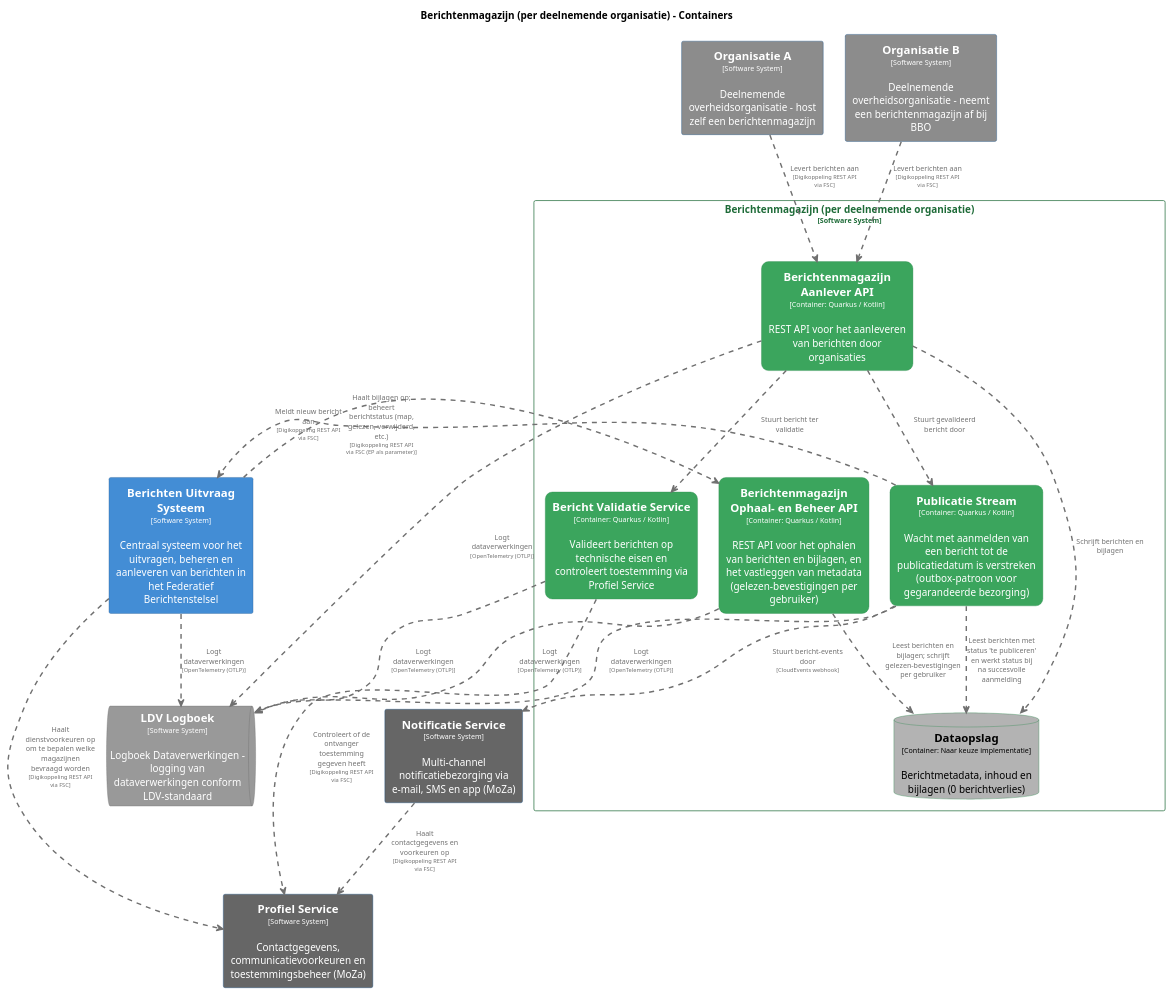
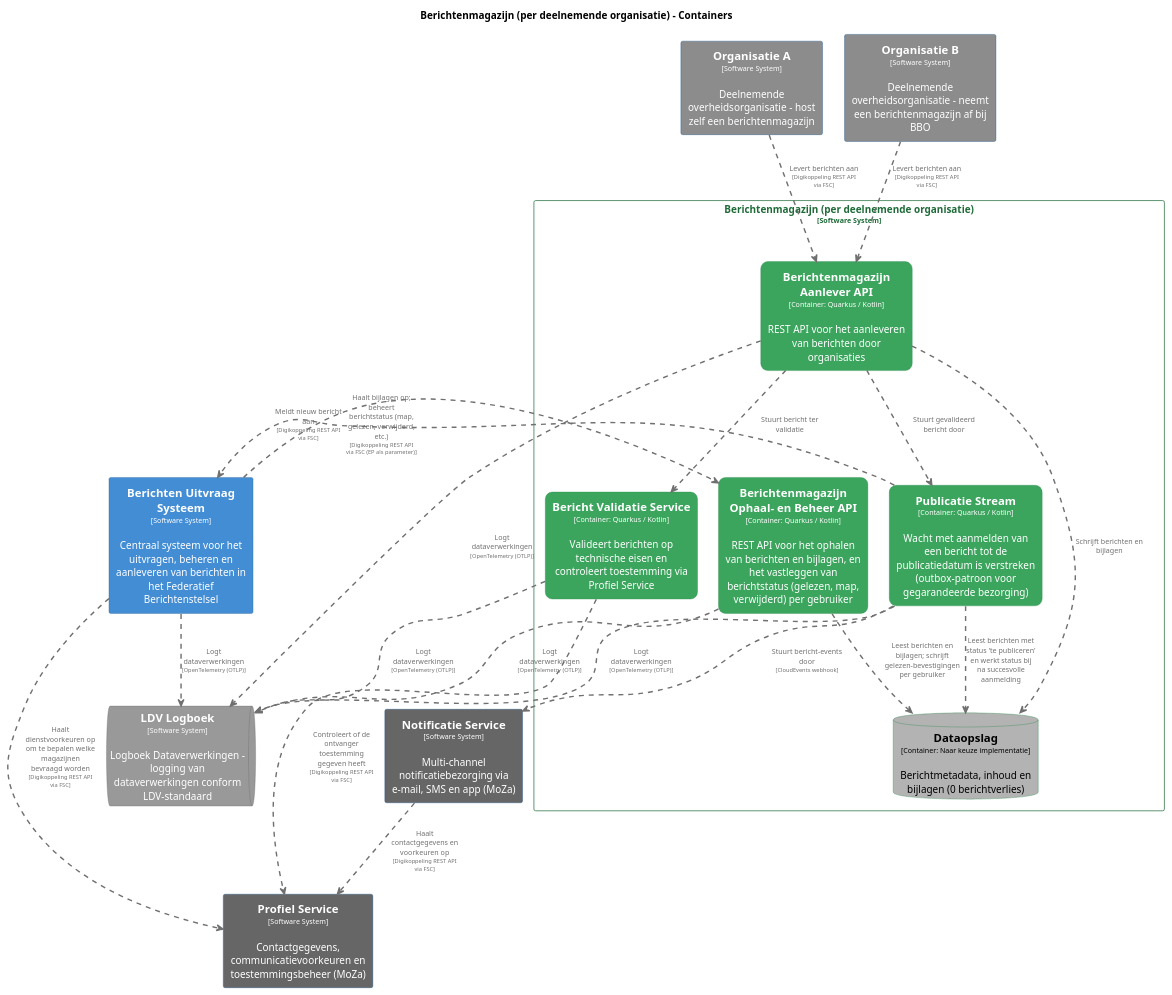
The diagram in pr-preview/pr-22/master/puml/BerichtenmagazijnContainers.puml (MinBZK/moza-poc-fbs-berichtenbox), drawn with PlantUML before and after one commit. The commit also changed 49 other files, not shown here.

```diff
--- a/pr-preview/pr-22/master/puml/BerichtenmagazijnContainers.puml
+++ b/pr-preview/pr-22/master/puml/BerichtenmagazijnContainers.puml
@@ -1,127 +1,127 @@
 @startuml
 set separator none
 title Berichtenmagazijn (per deelnemende organisatie) - Containers
 
 top to bottom direction
 skinparam ranksep 60
 skinparam nodesep 30
 
 skinparam {
   arrowFontSize 10
   defaultTextAlignment center
   wrapWidth 200
   maxMessageSize 100
 }
 
 hide stereotype
 
 skinparam rectangle<<Berichtenmagazijnperdeelnemendeorganisatie.BerichtValidatieService>> {
   BackgroundColor #3ba55d
   FontColor #ffffff
   BorderColor #2d8a4e
   roundCorner 20
   shadowing false
 }
 skinparam rectangle<<BerichtenUitvraagSysteem>> {
   BackgroundColor #438dd5
   FontColor #ffffff
   BorderColor #2e6295
   shadowing false
 }
 skinparam rectangle<<Berichtenmagazijnperdeelnemendeorganisatie.BerichtenmagazijnAanleverAPI>> {
   BackgroundColor #3ba55d
   FontColor #ffffff
   BorderColor #2d8a4e
   roundCorner 20
   shadowing false
 }
 skinparam rectangle<<Berichtenmagazijnperdeelnemendeorganisatie.BerichtenmagazijnOphaalenBeheerAPI>> {
   BackgroundColor #3ba55d
   FontColor #ffffff
   BorderColor #2d8a4e
   roundCorner 20
   shadowing false
 }
 skinparam database<<Berichtenmagazijnperdeelnemendeorganisatie.Dataopslag>> {
   BackgroundColor #b3b3b3
   FontColor #000000
   BorderColor #2d8a4e
   shadowing false
 }
 skinparam queue<<LDVLogboek>> {
   BackgroundColor #999999
   FontColor #ffffff
   BorderColor #6b6b6b
   shadowing false
 }
 skinparam rectangle<<NotificatieService>> {
   BackgroundColor #666666
   FontColor #ffffff
   BorderColor #0b4884
   shadowing false
 }
 skinparam rectangle<<OrganisatieA>> {
   BackgroundColor #8c8c8c
   FontColor #ffffff
   BorderColor #0b4884
   shadowing false
 }
 skinparam rectangle<<OrganisatieB>> {
   BackgroundColor #8c8c8c
   FontColor #ffffff
   BorderColor #0b4884
   shadowing false
 }
 skinparam rectangle<<ProfielService>> {
   BackgroundColor #666666
   FontColor #ffffff
   BorderColor #0b4884
   shadowing false
 }
 skinparam rectangle<<Berichtenmagazijnperdeelnemendeorganisatie.PublicatieStream>> {
   BackgroundColor #3ba55d
   FontColor #ffffff
   BorderColor #2d8a4e
   roundCorner 20
   shadowing false
 }
 skinparam rectangle<<Berichtenmagazijnperdeelnemendeorganisatie>> {
   BorderColor #1e6b38
   FontColor #1e6b38
   shadowing false
 }
 
 rectangle "==Profiel Service\n<size:10>[Software System]</size>\n\nContactgegevens, communicatievoorkeuren en toestemmingsbeheer (MoZa)" <<ProfielService>> as ProfielService
 rectangle "==Notificatie Service\n<size:10>[Software System]</size>\n\nMulti-channel notificatiebezorging via e-mail, SMS en app (MoZa)" <<NotificatieService>> as NotificatieService
 rectangle "==Organisatie A\n<size:10>[Software System]</size>\n\nDeelnemende overheidsorganisatie - host zelf een berichtenmagazijn" <<OrganisatieA>> as OrganisatieA
 rectangle "==Organisatie B\n<size:10>[Software System]</size>\n\nDeelnemende overheidsorganisatie - neemt een berichtenmagazijn af bij BBO" <<OrganisatieB>> as OrganisatieB
 rectangle "==Berichten Uitvraag Systeem\n<size:10>[Software System]</size>\n\nCentraal systeem voor het uitvragen, beheren en aanleveren van berichten in het Federatief Berichtenstelsel" <<BerichtenUitvraagSysteem>> as BerichtenUitvraagSysteem
 queue "==LDV Logboek\n<size:10>[Software System]</size>\n\nLogboek Dataverwerkingen - logging van dataverwerkingen conform LDV-standaard" <<LDVLogboek>> as LDVLogboek
 
 rectangle "Berichtenmagazijn (per deelnemende organisatie)\n<size:10>[Software System]</size>" <<Berichtenmagazijnperdeelnemendeorganisatie>> {
-  rectangle "==Berichtenmagazijn Ophaal- en Beheer API\n<size:10>[Container: Quarkus / Kotlin]</size>\n\nREST API voor het ophalen van berichten en bijlagen, en het vastleggen van metadata (gelezen-bevestigingen per gebruiker)" <<Berichtenmagazijnperdeelnemendeorganisatie.BerichtenmagazijnOphaalenBeheerAPI>> as Berichtenmagazijnperdeelnemendeorganisatie.BerichtenmagazijnOphaalenBeheerAPI
+  rectangle "==Berichtenmagazijn Ophaal- en Beheer API\n<size:10>[Container: Quarkus / Kotlin]</size>\n\nREST API voor het ophalen van berichten en bijlagen, en het vastleggen van berichtstatus (gelezen, map, verwijderd) per gebruiker" <<Berichtenmagazijnperdeelnemendeorganisatie.BerichtenmagazijnOphaalenBeheerAPI>> as Berichtenmagazijnperdeelnemendeorganisatie.BerichtenmagazijnOphaalenBeheerAPI
   rectangle "==Berichtenmagazijn Aanlever API\n<size:10>[Container: Quarkus / Kotlin]</size>\n\nREST API voor het aanleveren van berichten door organisaties" <<Berichtenmagazijnperdeelnemendeorganisatie.BerichtenmagazijnAanleverAPI>> as Berichtenmagazijnperdeelnemendeorganisatie.BerichtenmagazijnAanleverAPI
   database "==Dataopslag\n<size:10>[Container: Naar keuze implementatie]</size>\n\nBerichtmetadata, inhoud en bijlagen (0 berichtverlies)" <<Berichtenmagazijnperdeelnemendeorganisatie.Dataopslag>> as Berichtenmagazijnperdeelnemendeorganisatie.Dataopslag
   rectangle "==Bericht Validatie Service\n<size:10>[Container: Quarkus / Kotlin]</size>\n\nValideert berichten op technische eisen en controleert toestemming via Profiel Service" <<Berichtenmagazijnperdeelnemendeorganisatie.BerichtValidatieService>> as Berichtenmagazijnperdeelnemendeorganisatie.BerichtValidatieService
   rectangle "==Publicatie Stream\n<size:10>[Container: Quarkus / Kotlin]</size>\n\nWacht met aanmelden van een bericht tot de publicatiedatum is verstreken (outbox-patroon voor gegarandeerde bezorging)" <<Berichtenmagazijnperdeelnemendeorganisatie.PublicatieStream>> as Berichtenmagazijnperdeelnemendeorganisatie.PublicatieStream
 }
 
 BerichtenUitvraagSysteem .[#707070,thickness=2].> ProfielService : "<color:#707070>Haalt dienstvoorkeuren op om te bepalen welke magazijnen bevraagd worden\n<color:#707070><size:8>[Digikoppeling REST API via FSC]</size>"
 Berichtenmagazijnperdeelnemendeorganisatie.BerichtenmagazijnOphaalenBeheerAPI .[#707070,thickness=2].> LDVLogboek : "<color:#707070>Logt dataverwerkingen\n<color:#707070><size:8>[OpenTelemetry (OTLP)]</size>"
 Berichtenmagazijnperdeelnemendeorganisatie.BerichtenmagazijnAanleverAPI .[#707070,thickness=2].> LDVLogboek : "<color:#707070>Logt dataverwerkingen\n<color:#707070><size:8>[OpenTelemetry (OTLP)]</size>"
 Berichtenmagazijnperdeelnemendeorganisatie.BerichtValidatieService .[#707070,thickness=2].> LDVLogboek : "<color:#707070>Logt dataverwerkingen\n<color:#707070><size:8>[OpenTelemetry (OTLP)]</size>"
 BerichtenUitvraagSysteem .[#707070,thickness=2].> LDVLogboek : "<color:#707070>Logt dataverwerkingen\n<color:#707070><size:8>[OpenTelemetry (OTLP)]</size>"
 Berichtenmagazijnperdeelnemendeorganisatie.PublicatieStream .[#707070,thickness=2].> LDVLogboek : "<color:#707070>Logt dataverwerkingen\n<color:#707070><size:8>[OpenTelemetry (OTLP)]</size>"
 Berichtenmagazijnperdeelnemendeorganisatie.BerichtenmagazijnOphaalenBeheerAPI .[#707070,thickness=2].> Berichtenmagazijnperdeelnemendeorganisatie.Dataopslag : "<color:#707070>Leest berichten en bijlagen; schrijft gelezen-bevestigingen per gebruiker"
 Berichtenmagazijnperdeelnemendeorganisatie.BerichtenmagazijnAanleverAPI .[#707070,thickness=2].> Berichtenmagazijnperdeelnemendeorganisatie.Dataopslag : "<color:#707070>Schrijft berichten en bijlagen"
 Berichtenmagazijnperdeelnemendeorganisatie.BerichtenmagazijnAanleverAPI .[#707070,thickness=2].> Berichtenmagazijnperdeelnemendeorganisatie.BerichtValidatieService : "<color:#707070>Stuurt bericht ter validatie"
 Berichtenmagazijnperdeelnemendeorganisatie.BerichtenmagazijnAanleverAPI .[#707070,thickness=2].> Berichtenmagazijnperdeelnemendeorganisatie.PublicatieStream : "<color:#707070>Stuurt gevalideerd bericht door"
 Berichtenmagazijnperdeelnemendeorganisatie.PublicatieStream .[#707070,thickness=2].> Berichtenmagazijnperdeelnemendeorganisatie.Dataopslag : "<color:#707070>Leest berichten met status 'te publiceren' en werkt status bij na succesvolle aanmelding"
 BerichtenUitvraagSysteem .[#707070,thickness=2].> Berichtenmagazijnperdeelnemendeorganisatie.BerichtenmagazijnOphaalenBeheerAPI : "<color:#707070>Haalt bijlagen op; beheert berichtstatus (map, gelezen, verwijderd, etc.)\n<color:#707070><size:8>[Digikoppeling REST API via FSC (EP als parameter)]</size>"
 Berichtenmagazijnperdeelnemendeorganisatie.PublicatieStream .[#707070,thickness=2].> BerichtenUitvraagSysteem : "<color:#707070>Meldt nieuw bericht aan\n<color:#707070><size:8>[Digikoppeling REST API via FSC]</size>"
 Berichtenmagazijnperdeelnemendeorganisatie.PublicatieStream .[#707070,thickness=2].> NotificatieService : "<color:#707070>Stuurt bericht-events door\n<color:#707070><size:8>[CloudEvents webhook]</size>"
 NotificatieService .[#707070,thickness=2].> ProfielService : "<color:#707070>Haalt contactgegevens en voorkeuren op\n<color:#707070><size:8>[Digikoppeling REST API via FSC]</size>"
 OrganisatieA .[#707070,thickness=2].> Berichtenmagazijnperdeelnemendeorganisatie.BerichtenmagazijnAanleverAPI : "<color:#707070>Levert berichten aan\n<color:#707070><size:8>[Digikoppeling REST API via FSC]</size>"
 OrganisatieB .[#707070,thickness=2].> Berichtenmagazijnperdeelnemendeorganisatie.BerichtenmagazijnAanleverAPI : "<color:#707070>Levert berichten aan\n<color:#707070><size:8>[Digikoppeling REST API via FSC]</size>"
 Berichtenmagazijnperdeelnemendeorganisatie.BerichtValidatieService .[#707070,thickness=2].> ProfielService : "<color:#707070>Controleert of de ontvanger toestemming gegeven heeft\n<color:#707070><size:8>[Digikoppeling REST API via FSC]</size>"
 @enduml
```
